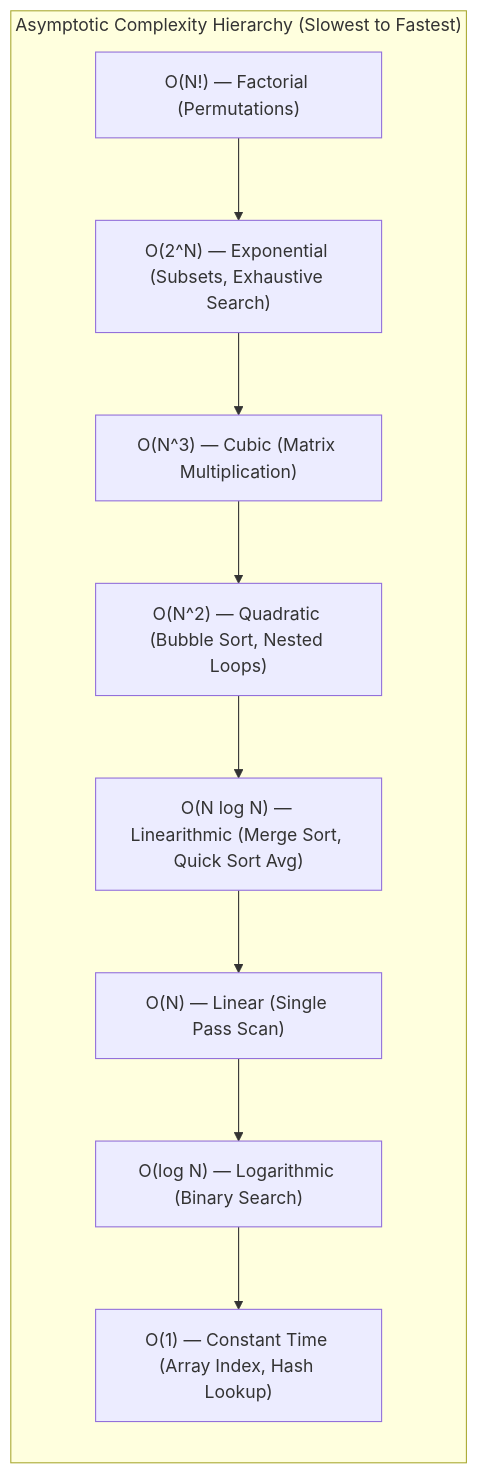
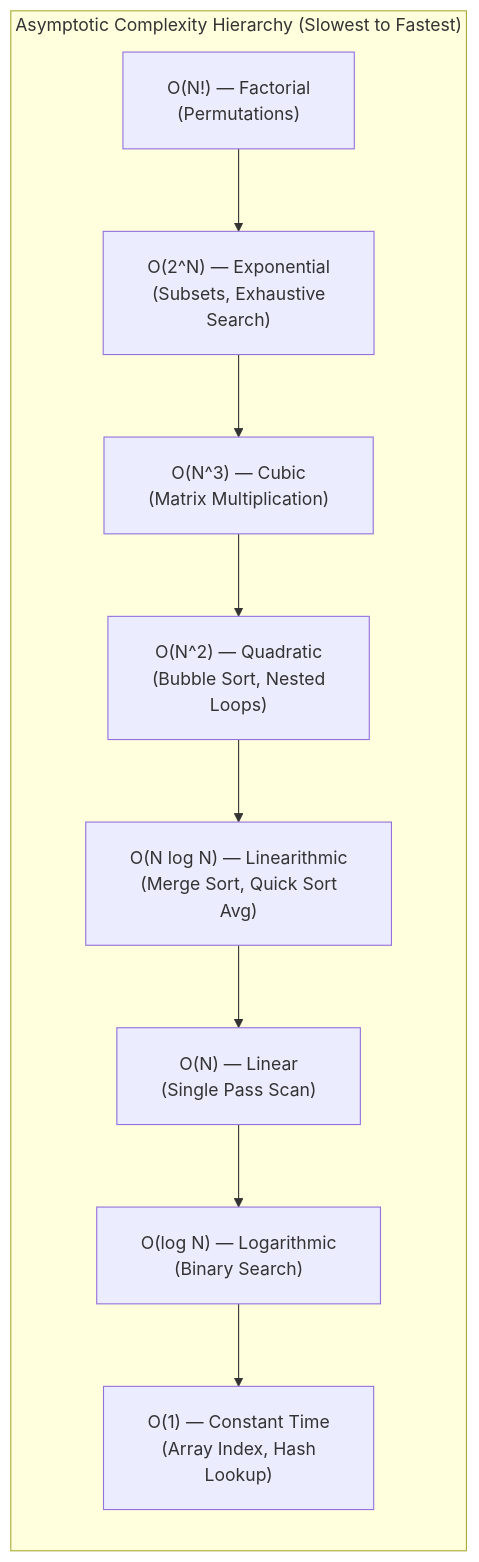
Before and after one commit to dip4k/DSA_102: the third of 3 diagrams in week_01_foundations_i_computational_fundamentals/Week_01_Visual_Concepts_Playbook_HYBRID.md, drawn with Mermaid. The commit also changed other lines of this file and 108 other files, not shown here.

First line of the commit message:
fix(mermaid): resolve diagram clipping, padding, and syntax issues across repo

````diff
--- a/week_01_foundations_i_computational_fundamentals/Week_01_Visual_Concepts_Playbook_HYBRID.md
+++ b/week_01_foundations_i_computational_fundamentals/Week_01_Visual_Concepts_Playbook_HYBRID.md
@@ -130,15 +132,16 @@
 ```mermaid
+%%{init: {"flowchart": {"htmlLabels": true, "padding": 20}}}%%
 flowchart TD
     subgraph Hierarchy["Asymptotic Complexity Hierarchy (Slowest to Fastest)"]
         direction TB
-        F["O(N!) — Factorial (Permutations)"]
-        E["O(2^N) — Exponential (Subsets, Exhaustive Search)"]
-        C["O(N^3) — Cubic (Matrix Multiplication)"]
-        Q["O(N^2) — Quadratic (Bubble Sort, Nested Loops)"]
-        L["O(N log N) — Linearithmic (Merge Sort, Quick Sort Avg)"]
-        N["O(N) — Linear (Single Pass Scan)"]
-        LOG["O(log N) — Logarithmic (Binary Search)"]
-        O1["O(1) — Constant Time (Array Index, Hash Lookup)"]
+        F["O(N!) — Factorial<br/>(Permutations)"]
+        E["O(2^N) — Exponential<br/>(Subsets, Exhaustive<br/>Search)"]
+        C["O(N^3) — Cubic<br/>(Matrix Multiplication)"]
+        Q["O(N^2) — Quadratic<br/>(Bubble Sort, Nested<br/>Loops)"]
+        L["O(N log N) — Linearithmic<br/>(Merge Sort, Quick Sort<br/>Avg)"]
+        N["O(N) — Linear<br/>(Single Pass Scan)"]
+        LOG["O(log N) — Logarithmic<br/>(Binary Search)"]
+        O1["O(1) — Constant Time<br/>(Array Index, Hash<br/>Lookup)"]
     end
     F --> E --> C --> Q --> L --> N --> LOG --> O1
 ```
````
